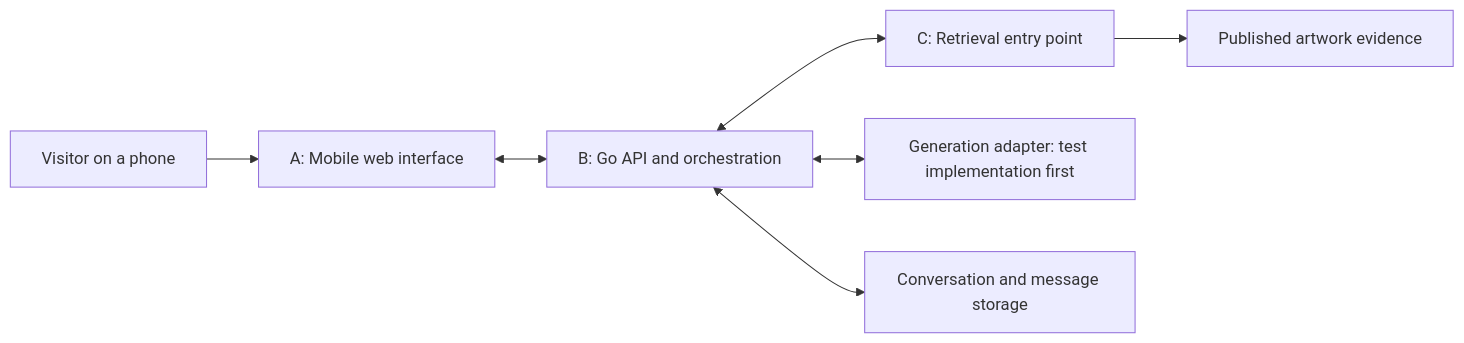
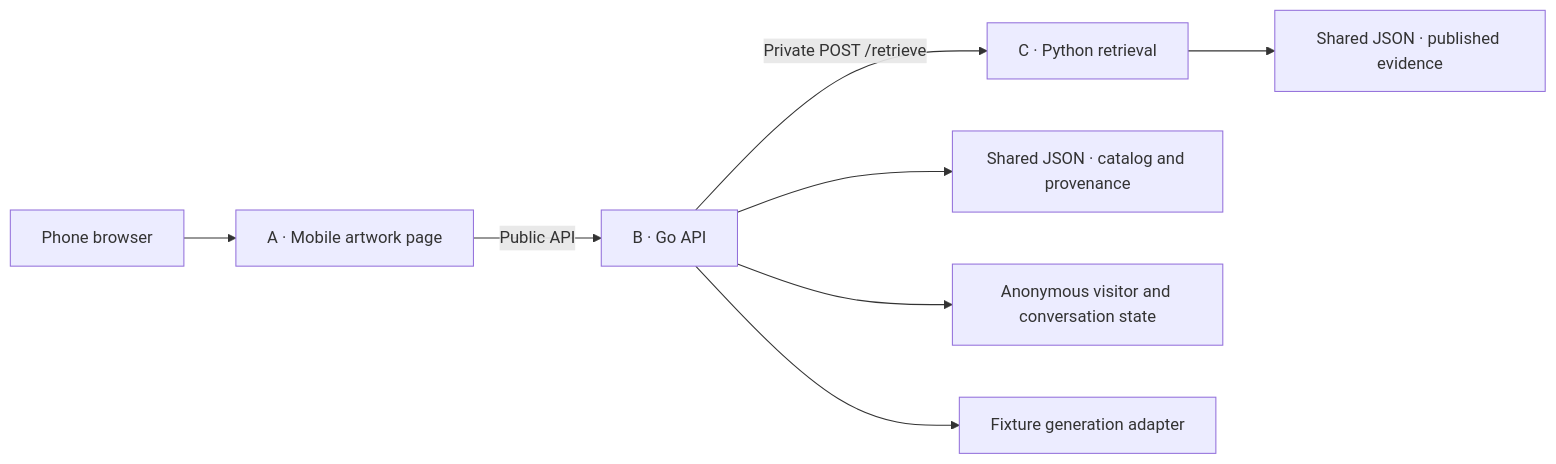
Before and after one commit to Jasonssssss9/musebridge: the diagram in docs/design.md, drawn with Mermaid. The commit also changed other lines of this file and 2 other files, not shown here.

````diff
--- a/docs/design.md
+++ b/docs/design.md
@@ -46,9 +34,10 @@
 ```mermaid
 flowchart LR
-    Visitor[Visitor on a phone] --> A[A: Mobile web interface]
-    A <--> B[B: Go API and orchestration]
-    B <--> C[C: Retrieval entry point]
-    C --> Evidence[Published artwork evidence]
-    B <--> Generation[Generation adapter: test implementation first]
-    B <--> History[Conversation and message storage]
+    Visitor[Phone browser] --> Frontend[A · Mobile artwork page]
+    Frontend -->|Public API| Backend[B · Go API]
+    Backend -->|Private POST /retrieve| Retrieval[C · Python retrieval]
+    Backend --> Catalog[Shared JSON · catalog and provenance]
+    Retrieval --> Corpus[Shared JSON · published evidence]
+    Backend --> State[Anonymous visitor and conversation state]
+    Backend --> Generator[Fixture generation adapter]
 ```
````
